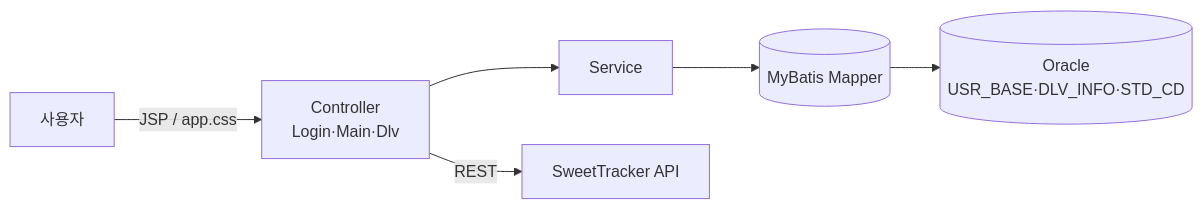
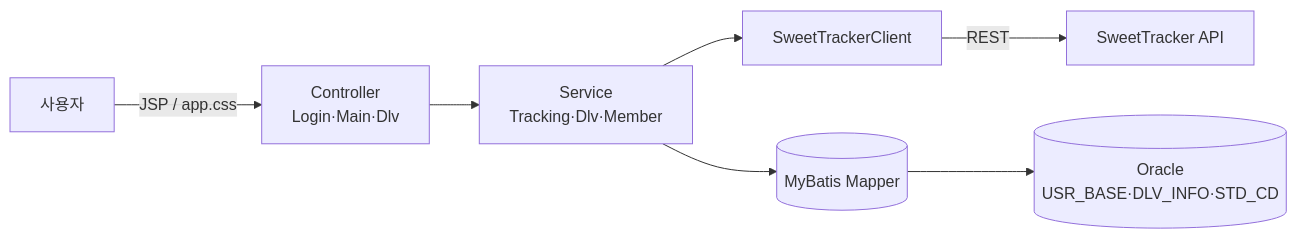
Before and after one commit to jinwovo/delivery-tracking: the diagram in README.md, drawn with Mermaid. The commit also changed 11 other files, not shown here.

````diff
--- a/README.md
+++ b/README.md
@@ -52,8 +52,9 @@
 ```mermaid
 flowchart LR
     U[사용자] -->|JSP / app.css| C[Controller<br/>Login·Main·Dlv]
-    C --> S[Service]
+    C --> S[Service<br/>Tracking·Dlv·Member]
+    S --> CL[SweetTrackerClient]
+    CL -->|REST| API[SweetTracker API]
     S --> M[(MyBatis Mapper)]
     M --> O[(Oracle<br/>USR_BASE·DLV_INFO·STD_CD)]
-    C -->|REST| API[SweetTracker API]
 ```
````
